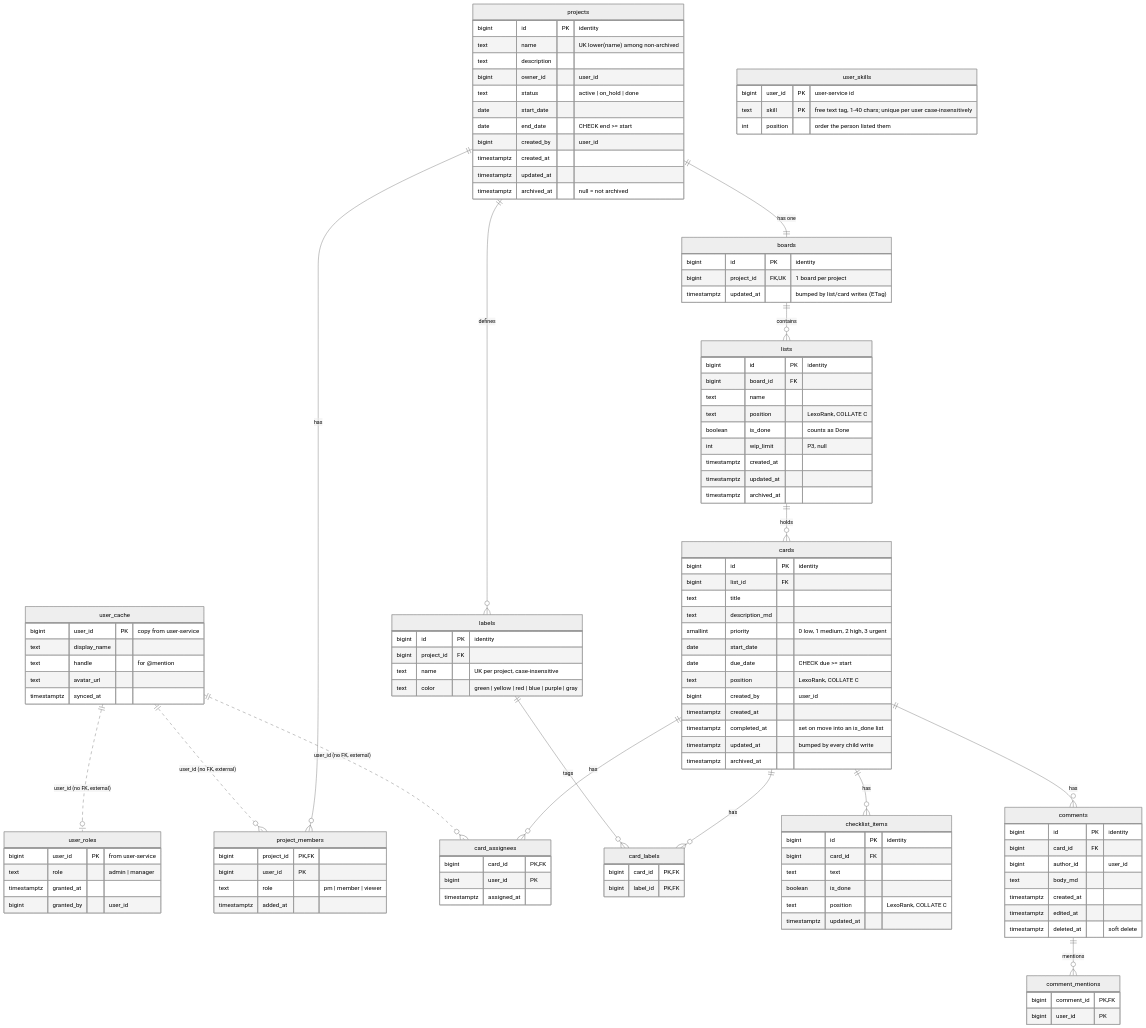
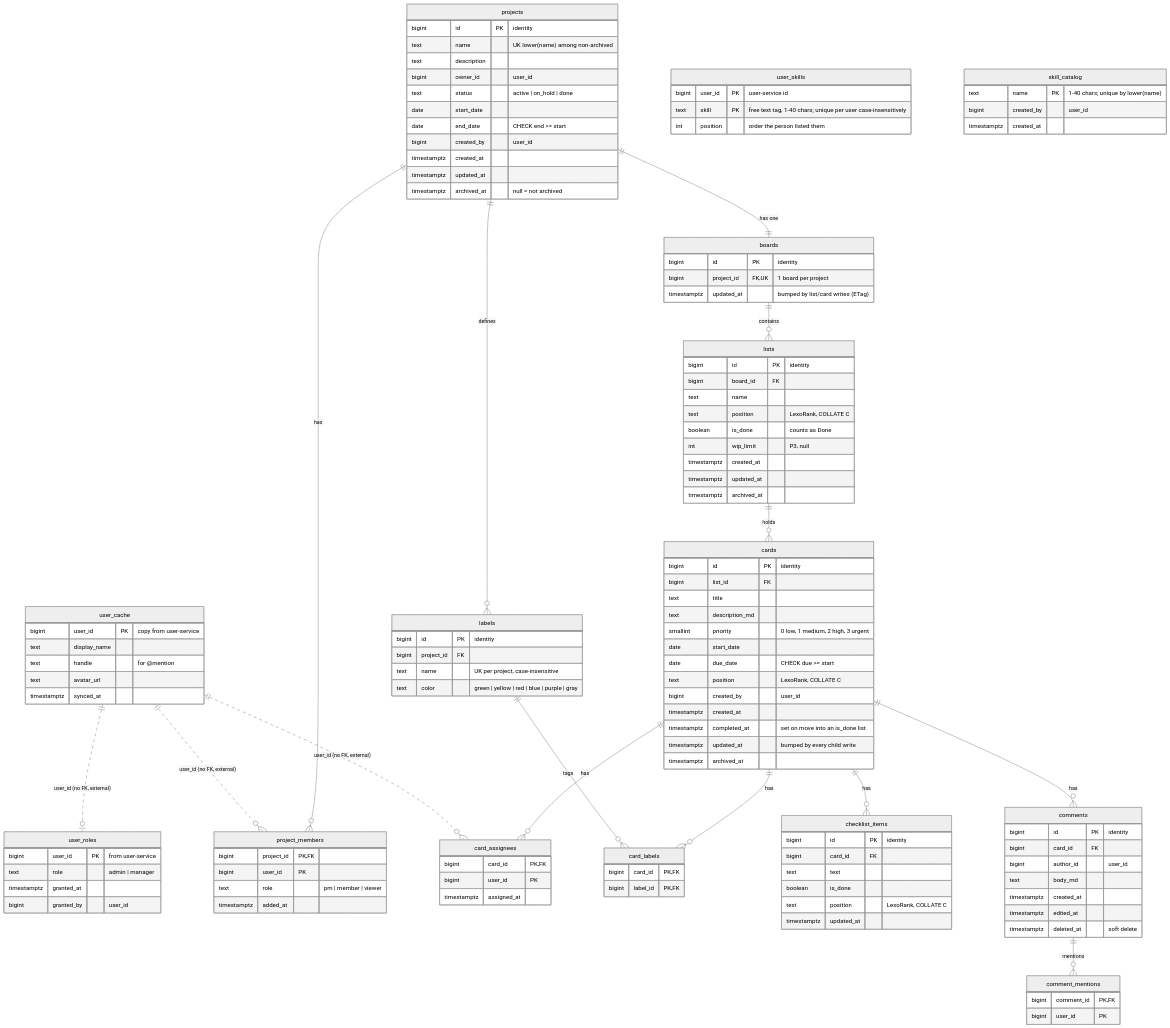
The first of 2 diagrams in docs/ERD.md (JklvJohny/Project-tracking), drawn with Mermaid (neutral theme) before and after one commit. The commit also changed other lines of this file and 15 other files, not shown here.

First line of the commit message:
feat(tracking): foldable skill list and a department skill catalog

```diff
--- a/docs/ERD.md
+++ b/docs/ERD.md
@@ -40,6 +40,11 @@
         bigint user_id PK "user-service id"
         text skill PK "free text tag, 1-40 chars; unique per user case-insensitively"
         int position "order the person listed them"
+    }
+    skill_catalog {
+        text name PK "1-40 chars; unique by lower(name)"
+        bigint created_by "user_id"
+        timestamptz created_at
     }
     projects {
         bigint id PK "identity"
```
